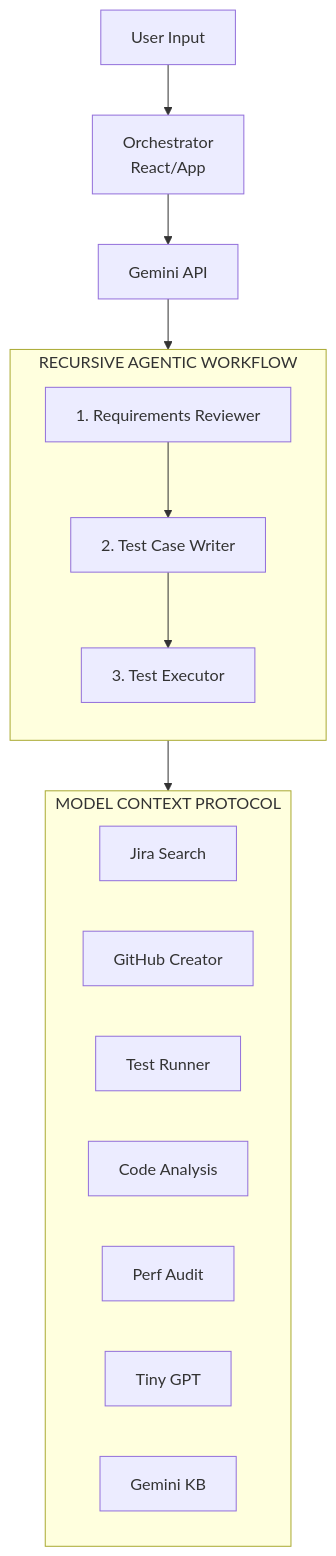
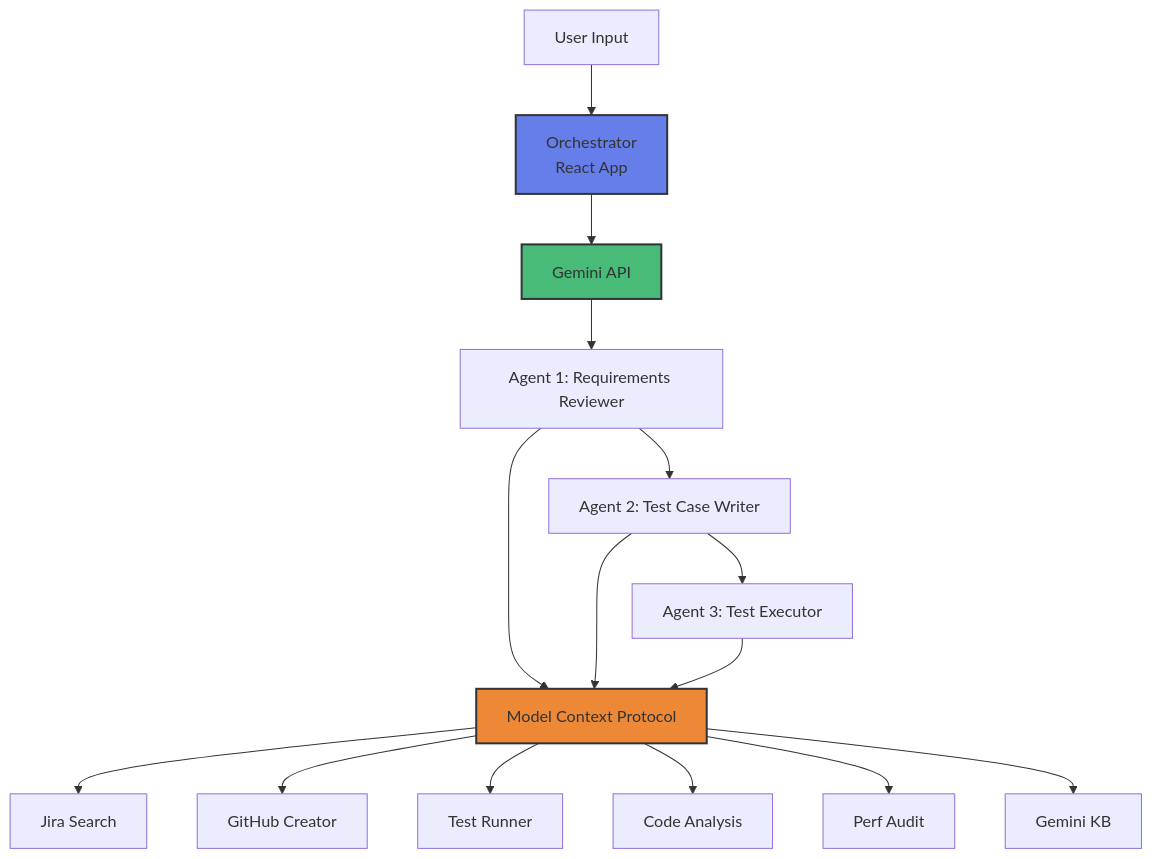
The diagram in AGENT.md (darshil0/qa-nexus-autonomous), drawn with Mermaid before and after one commit. The commit also changed other lines of this file, not shown here.

````diff
--- a/AGENT.md
+++ b/AGENT.md
@@ -30,28 +31,22 @@
 ```mermaid
 graph TD
-    Input[User Input] --> Orch[Orchestrator<br/>React/App]
+    Input[User Input] --> Orch[Orchestrator<br/>React App]
     Orch --> API[Gemini API]
 
-    subgraph WORKFLOW [RECURSIVE AGENTIC WORKFLOW]
-        direction TB
-        A1[1. Requirements Reviewer]
-        A2[2. Test Case Writer]
-        A3[3. Test Executor]
-        A1 --> A2 --> A3
-    end
+    API --> A1[Agent 1: Requirements Reviewer]
+    A1 --> A2[Agent 2: Test Case Writer]
+    A2 --> A3[Agent 3: Test Executor]
 
-    API --> WORKFLOW
+    A1 & A2 & A3 --> MCP[Model Context Protocol]
 
-    subgraph MCP [MODEL CONTEXT PROTOCOL]
-        direction LR
-        Jira[Jira Search]
-        Git[GitHub Creator]
-        Run[Test Runner]
-        Code[Code Analysis]
-        Perf[Perf Audit]
-        GPT[Tiny GPT]
-        KB[Gemini KB]
-    end
+    MCP --> Jira[Jira Search]
+    MCP --> Git[GitHub Creator]
+    MCP --> Run[Test Runner]
+    MCP --> Code[Code Analysis]
+    MCP --> Perf[Perf Audit]
+    MCP --> KB[Gemini KB]
 
-    WORKFLOW --> MCP
+    style Orch fill:#667eea,stroke:#333,stroke-width:2px
+    style API fill:#48bb78,stroke:#333,stroke-width:2px
+    style MCP fill:#ed8936,stroke:#333,stroke-width:2px
 ```
````
